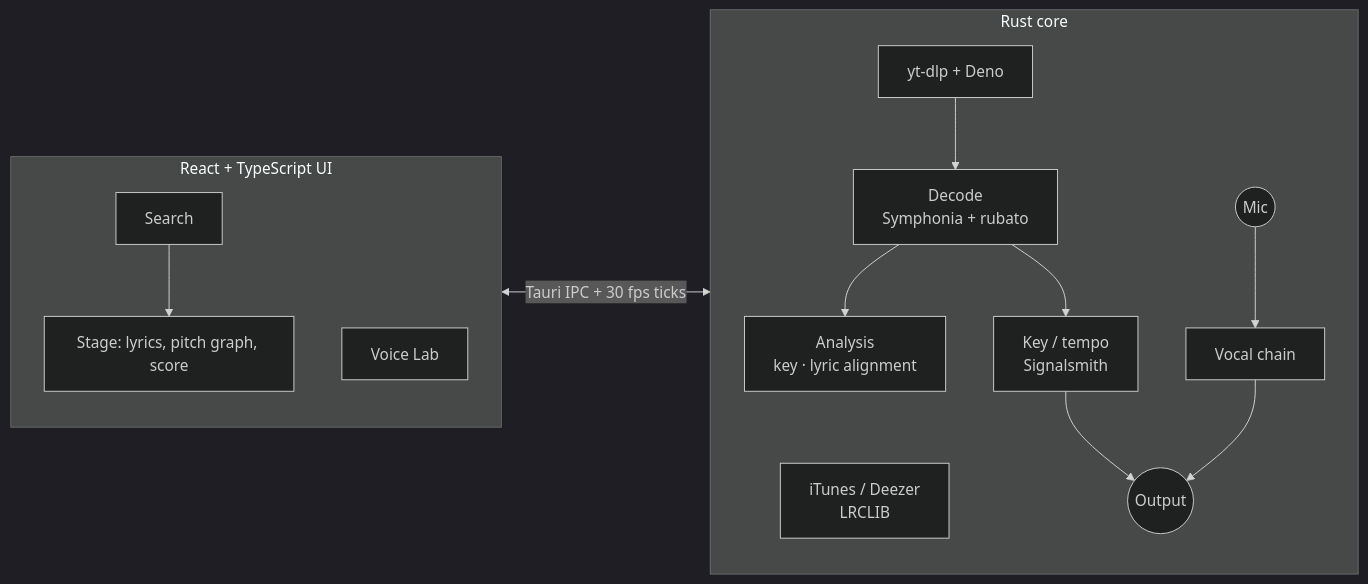
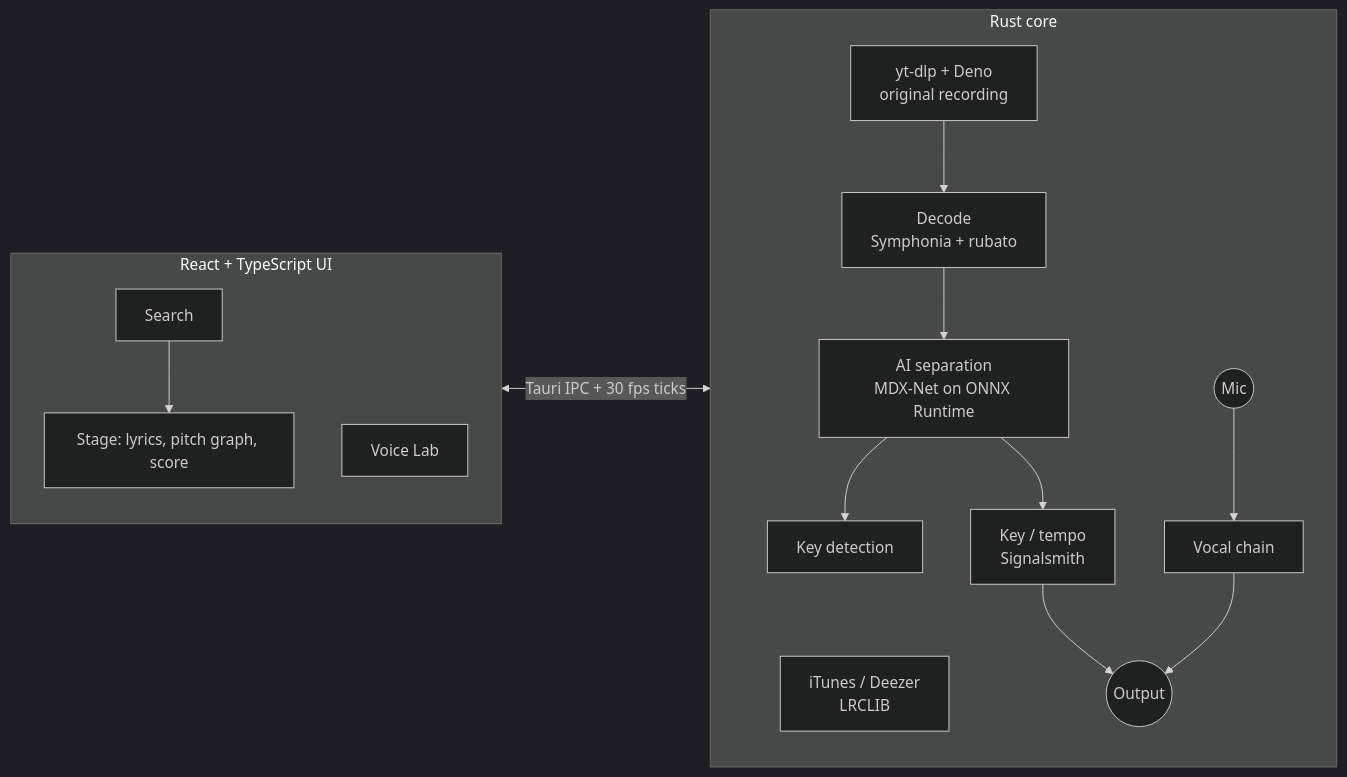
The diagram in README.md (osmanahmadxai/open-karaoke), drawn with Mermaid (dark theme) before and after one commit. The commit also changed other lines of this file and 46 other files, not shown here.

````diff
--- a/README.md
+++ b/README.md
@@ -125,17 +136,18 @@
 ```mermaid
 flowchart LR
     subgraph UI["React + TypeScript UI"]
         S[Search] --> ST[Stage: lyrics, pitch graph, score]
         VL[Voice Lab]
     end
     subgraph Core["Rust core"]
         M[iTunes / Deezer<br/>LRCLIB]
-        Y[yt-dlp + Deno] --> D[Decode<br/>Symphonia + rubato]
-        D --> A[Analysis<br/>key · lyric alignment]
-        D --> X[Key / tempo<br/>Signalsmith]
+        Y[yt-dlp + Deno<br/>original recording] --> D[Decode<br/>Symphonia + rubato]
+        D --> AI[AI separation<br/>MDX-Net on ONNX Runtime]
+        AI --> A[Key detection]
+        AI --> X[Key / tempo<br/>Signalsmith]
         X --> O((Output))
         MIC((Mic)) --> C[Vocal chain]
         C --> O
     end
     UI <-- "Tauri IPC + 30 fps ticks" --> Core
 ```
````
